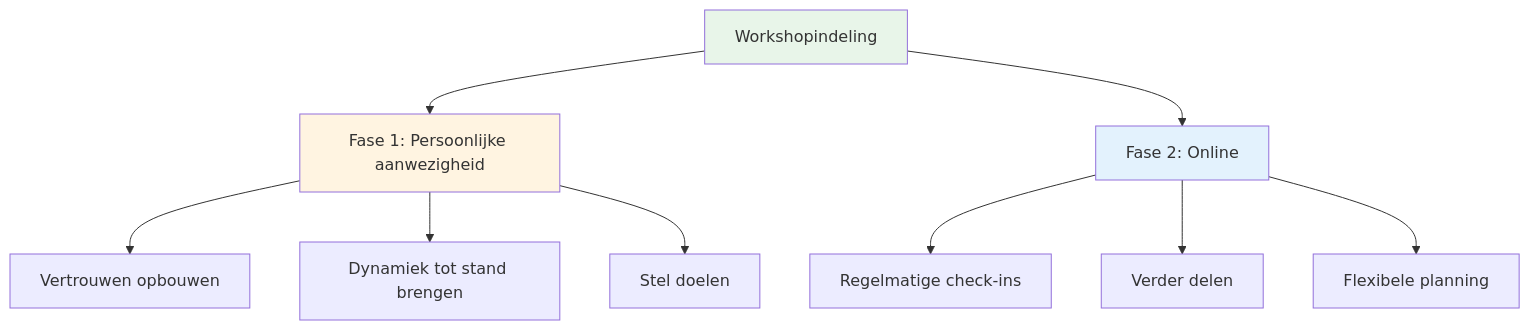
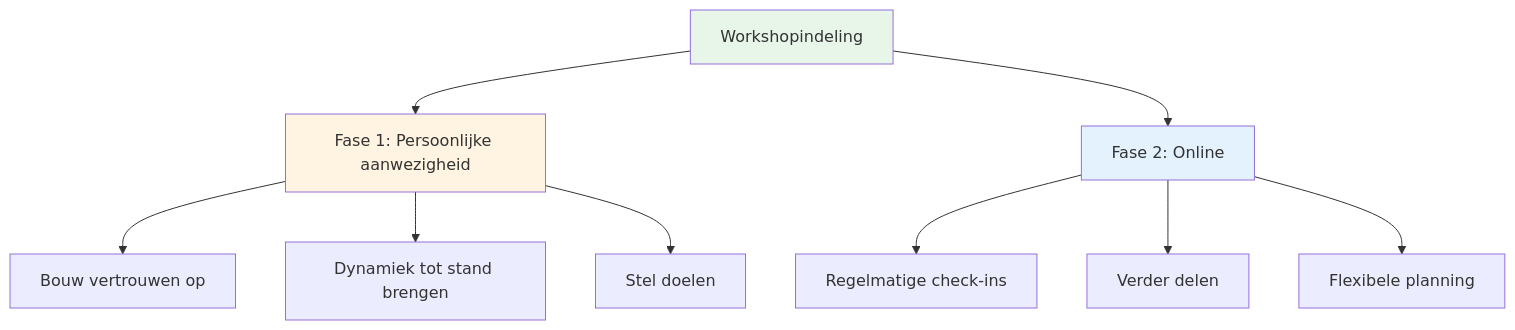
One commit to patwii/petanque-academy changed the second of 3 diagrams in docs/nl/workshop.md. Above: the diagram before and after it, drawn with Mermaid. The commit also changed other lines of this file and 32 other files, not shown here.

````diff
--- a/docs/nl/workshop.md
+++ b/docs/nl/workshop.md
@@ -39,17 +39,17 @@
 ```mermaid
 graph TD
     A[Workshopindeling] --> B[Fase 1: Persoonlijke aanwezigheid]
     A --> C[Fase 2: Online]
 
-    B --> D[Vertrouwen opbouwen]
+    B --> D[Bouw vertrouwen op]
     B --> E[Dynamiek tot stand brengen]
     B --> F[Stel doelen]
 
     C --> G[Regelmatige check-ins]
     C --> H[Verder delen]
     C --> I[Flexibele planning]
 
     style A fill:#e8f5e9
     style B fill:#fff4e1
     style C fill:#e3f2fd
 ```
````
